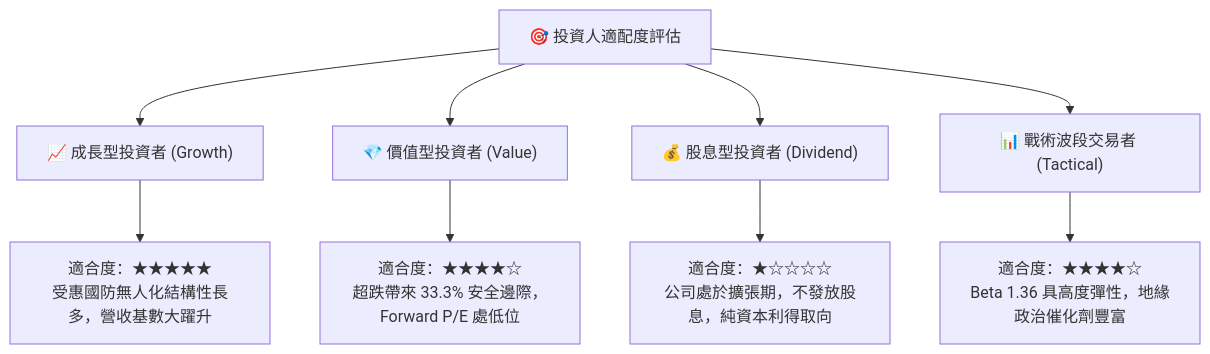
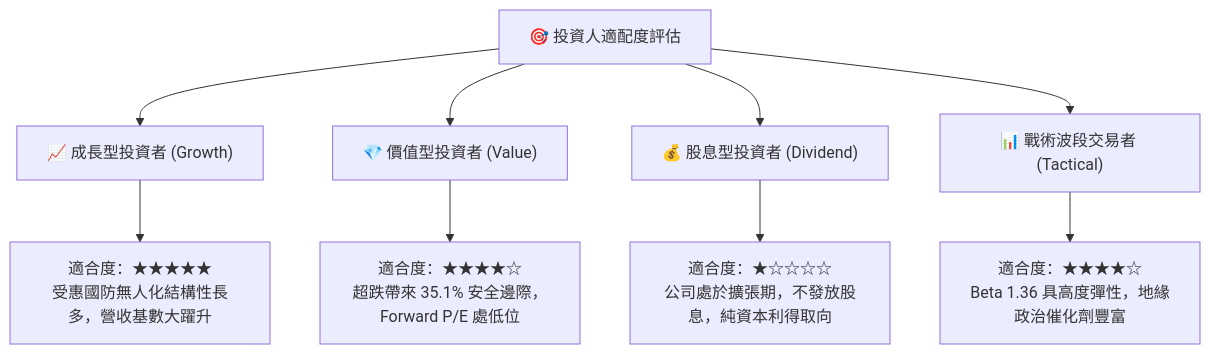
One commit to yennanliu/finance_data changed diagram 15 of 15 in ai_gen_report/fundamental/avav/fundamental_analysis_2026-10-16_gemini.md. Above: the diagram before and after it, drawn with Mermaid. The commit also changed other lines of this file and 339 other files, not shown here.

````diff
--- a/ai_gen_report/fundamental/avav/fundamental_analysis_2026-10-16_gemini.md
+++ b/ai_gen_report/fundamental/avav/fundamental_analysis_2026-10-16_gemini.md
@@ -1067,14 +1082,14 @@
 ```mermaid
 graph TD
     INV["🎯 投資人適配度評估"]
 
     INV --> G["📈 成長型投資者 (Growth)"]
     INV --> V["💎 價值型投資者 (Value)"]
     INV --> D["💰 股息型投資者 (Dividend)"]
     INV --> T["📊 戰術波段交易者 (Tactical)"]
 
     G --> G1["適合度：★★★★★<br/>受惠國防無人化結構性長多，營收基數大躍升"]
-    V --> V1["適合度：★★★★☆<br/>超跌帶來 33.3% 安全邊際，Forward P/E 處低位"]
+    V --> V1["適合度：★★★★☆<br/>超跌帶來 35.1% 安全邊際，Forward P/E 處低位"]
     D --> D1["適合度：★☆☆☆☆<br/>公司處於擴張期，不發放股息，純資本利得取向"]
     T --> T1["適合度：★★★★☆<br/>Beta 1.36 具高度彈性，地緣政治催化劑豐富"]
 ```
````
